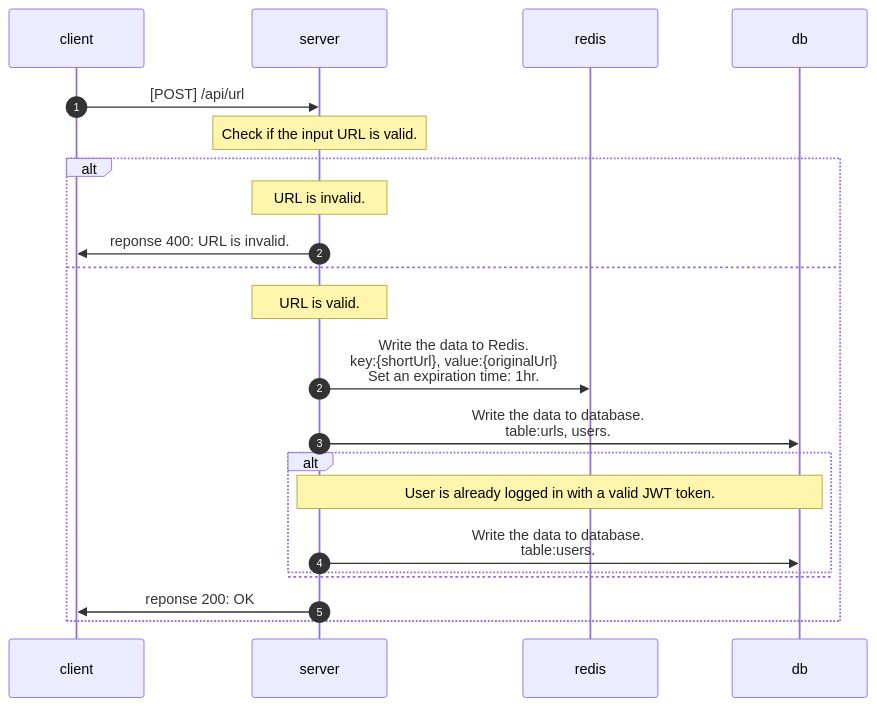
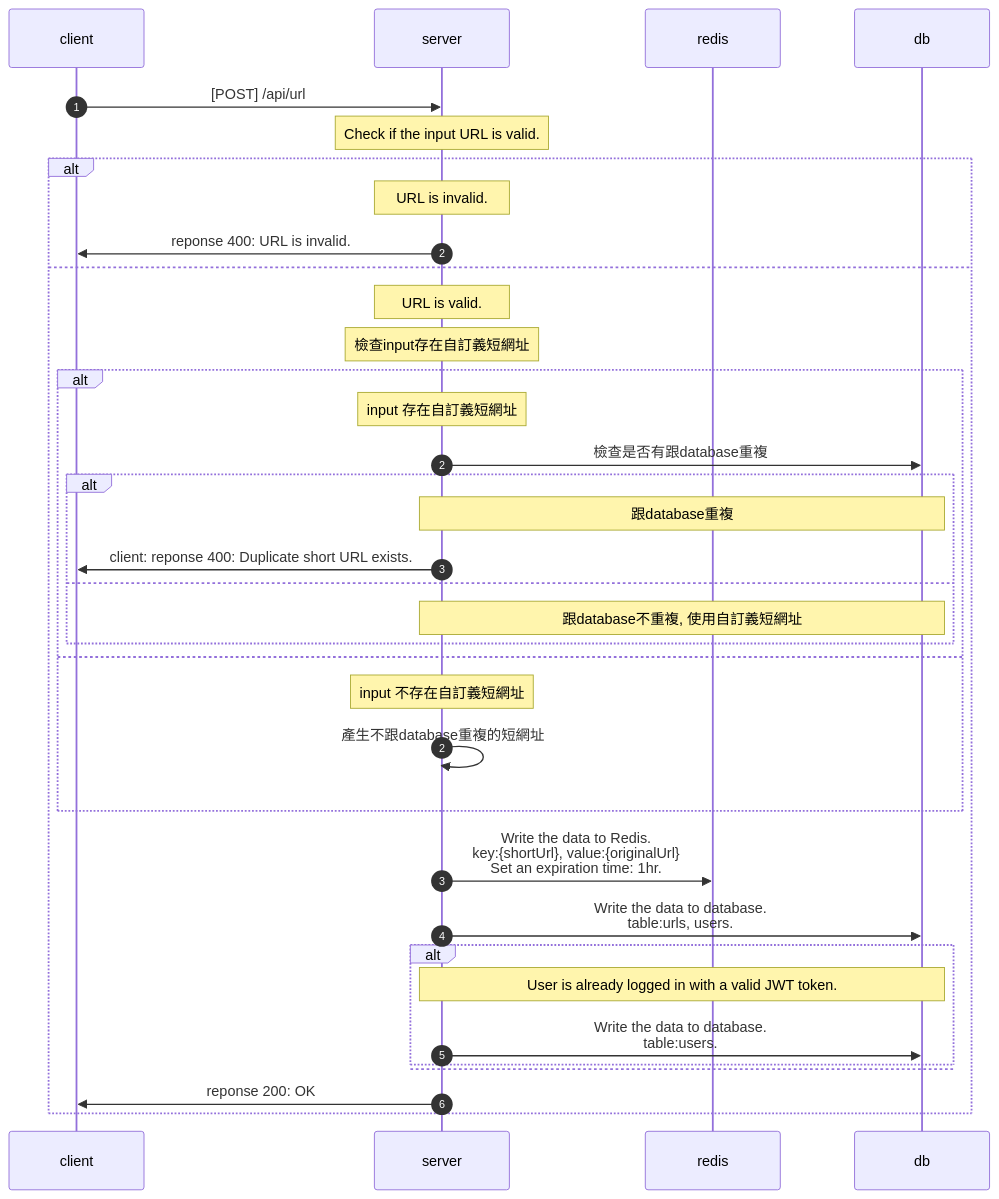
One commit to yanzzzzzzzzz/short_url_backend changed the first of 3 diagrams in docs/api/short_url_api.md. Above: the diagram before and after it, drawn with Mermaid. The commit also changed other lines of this file, not shown here.

````diff
--- a/docs/api/short_url_api.md
+++ b/docs/api/short_url_api.md
@@ -26,27 +27,43 @@
 ```mermaid
 sequenceDiagram
     participant client
     participant server
     participant redis
     participant db
     
     autonumber 1
     client ->> server: [POST] /api/url
     Note over server: Check if the input URL is valid.
     alt
         Note over server: URL is invalid.
         server ->> client: reponse 400: URL is invalid.
     else
         autonumber 2
         Note over server: URL is valid.
+        Note over server: 檢查input存在自訂義短網址
+        alt 
+            Note over server: input 存在自訂義短網址
+            server ->> db: 檢查是否有跟database重複
+            alt
+                Note over server, db: 跟database重複
+                server ->>client: client: reponse 400: Duplicate short URL exists.
+            else 
+                Note over server, db: 跟database不重複, 使用自訂義短網址
+            end
+        else
+        autonumber 2
+            Note over server: input 不存在自訂義短網址
+            server ->> server: 產生不跟database重複的短網址
+        end
+
         server ->> redis: Write the data to Redis.<br>key:{shortUrl}, value:{originalUrl}<br>Set an expiration time: 1hr.
         server ->> db: Write the data to database.<br>table:urls, users.
         alt 
             Note over server, db: User is already logged in with a valid JWT token.
                     server ->> db: Write the data to database.<br>table:users.
         else
         end
         
         server ->> client: reponse 200: OK
     end
 ```
````
